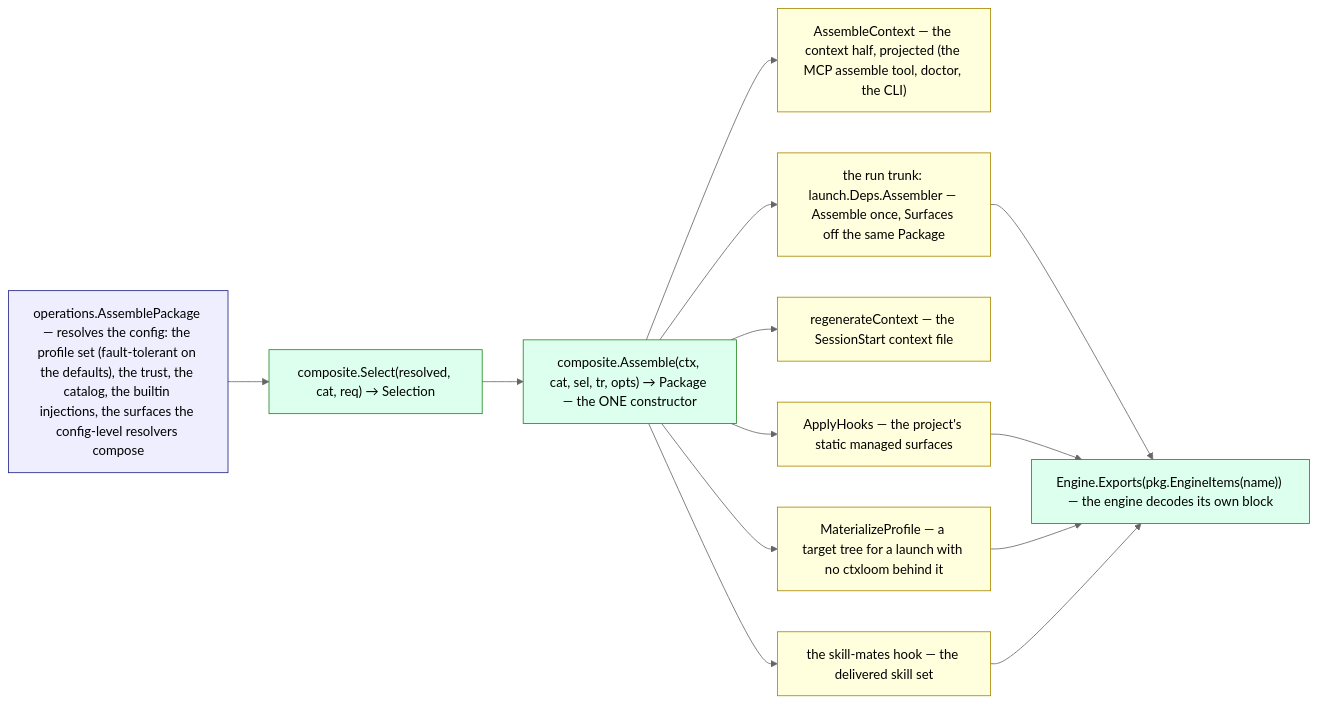
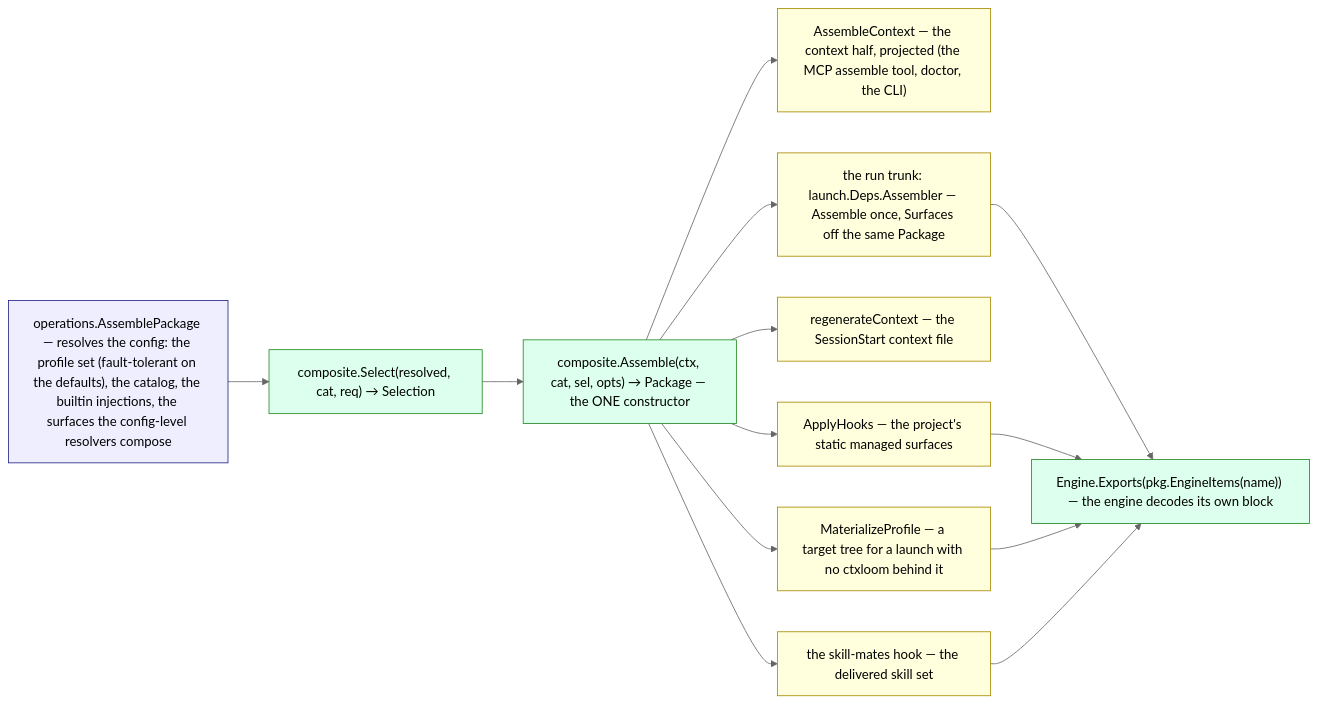
One commit to ctxloom/ctxloom changed the first of 2 diagrams in docs/architecture/core/composite.md. Above: the diagram before and after it, drawn with Mermaid (neutral theme). The commit also changed other lines of this file and 62 other files, not shown here.

````diff
--- a/docs/architecture/core/composite.md
+++ b/docs/architecture/core/composite.md
@@ -15,19 +14,19 @@
 ```mermaid
 flowchart LR
   classDef adapter fill:#eef,stroke:#228
   classDef core fill:#dfe,stroke:#282
   classDef consumer fill:#ffd,stroke:#a80
-  CFG["operations.AssemblePackage — resolves the config: the profile set (fault-tolerant on the defaults), the trust, the catalog, the builtin injections, the surfaces the config-level resolvers compose"]:::adapter
+  CFG["operations.AssemblePackage — resolves the config: the profile set (fault-tolerant on the defaults), the catalog, the builtin injections, the surfaces the config-level resolvers compose"]:::adapter
   SEL["composite.Select(resolved, cat, req) → Selection"]:::core
-  ASM["composite.Assemble(ctx, cat, sel, tr, opts) → Package — the ONE constructor"]:::core
+  ASM["composite.Assemble(ctx, cat, sel, opts) → Package — the ONE constructor"]:::core
   CTX["AssembleContext — the context half, projected (the MCP assemble tool, doctor, the CLI)"]:::consumer
   RUN["the run trunk: launch.Deps.Assembler — Assemble once, Surfaces off the same Package"]:::consumer
   REGEN["regenerateContext — the SessionStart context file"]:::consumer
   APPLY["ApplyHooks — the project's static managed surfaces"]:::consumer
   MAT["MaterializeProfile — a target tree for a launch with no ctxloom behind it"]:::consumer
   MATES["the skill-mates hook — the delivered skill set"]:::consumer
   ENG["Engine.Exports(pkg.EngineItems(name)) — the engine decodes its own block"]:::core
   CFG --> SEL --> ASM
   ASM --> CTX & RUN & REGEN & APPLY & MAT & MATES
   RUN & APPLY & MAT & MATES --> ENG
 ```
````
